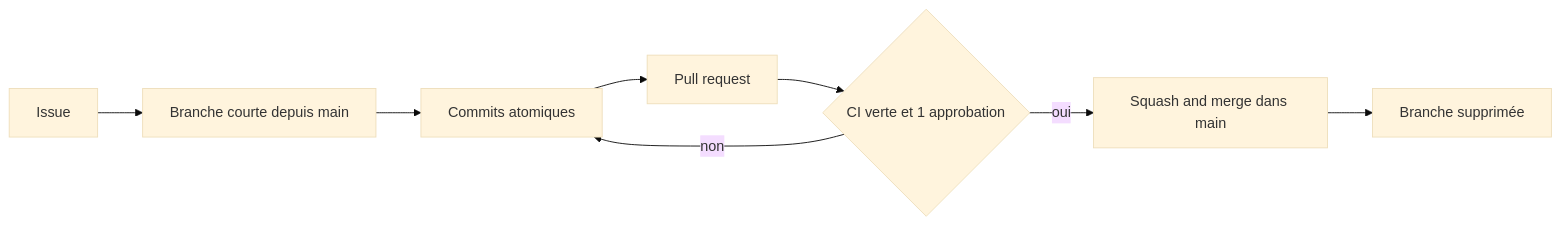
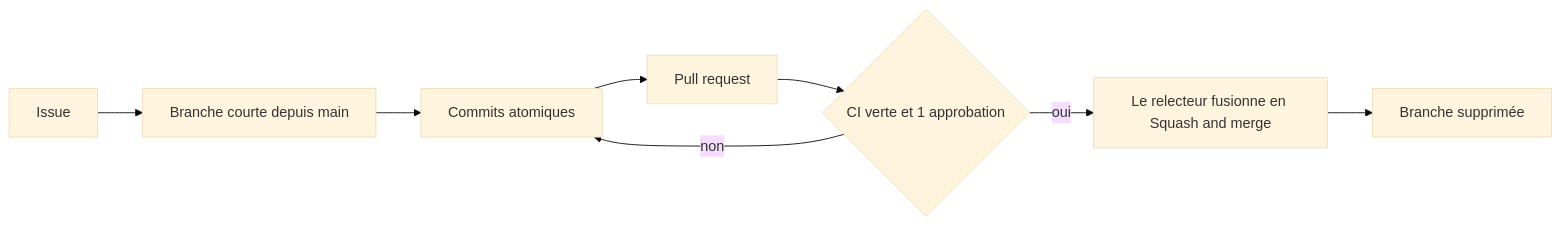
One commit to Charbel-B/BWAI_Hackathon changed the diagram in docs/conventions/git.md. Above: the diagram before and after it, drawn with Mermaid (base theme). The commit also changed other lines of this file and 1 other file, not shown here.

Commit message:
docs(docs): confier la fusion des PR au relecteur (#1)

````diff
--- a/docs/conventions/git.md
+++ b/docs/conventions/git.md
@@ -7,10 +7,10 @@
 ```mermaid
 flowchart LR
     I[Issue] --> B[Branche courte depuis main]
     B --> C[Commits atomiques]
     C --> P[Pull request]
     P --> V{CI verte et 1 approbation}
     V -- non --> C
-    V -- oui --> S[Squash and merge dans main]
+    V -- oui --> S[Le relecteur fusionne en Squash and merge]
     S --> T[Branche supprimée]
 ```
````
